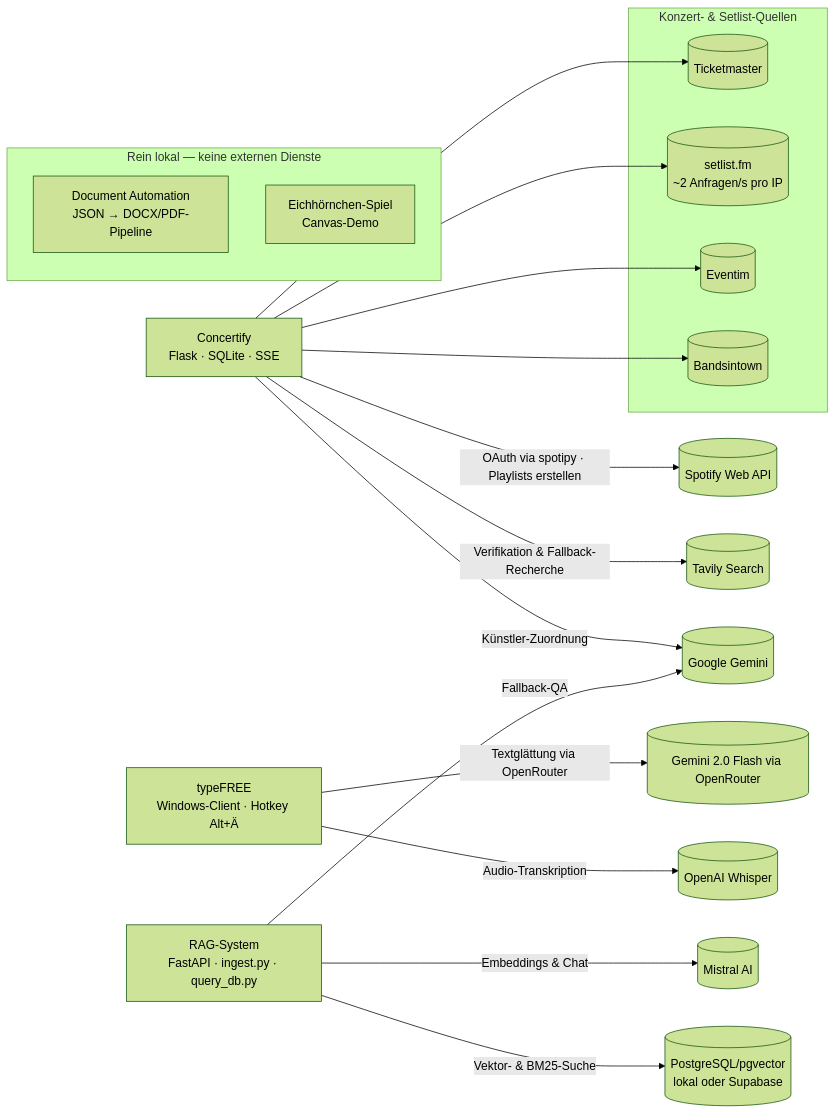
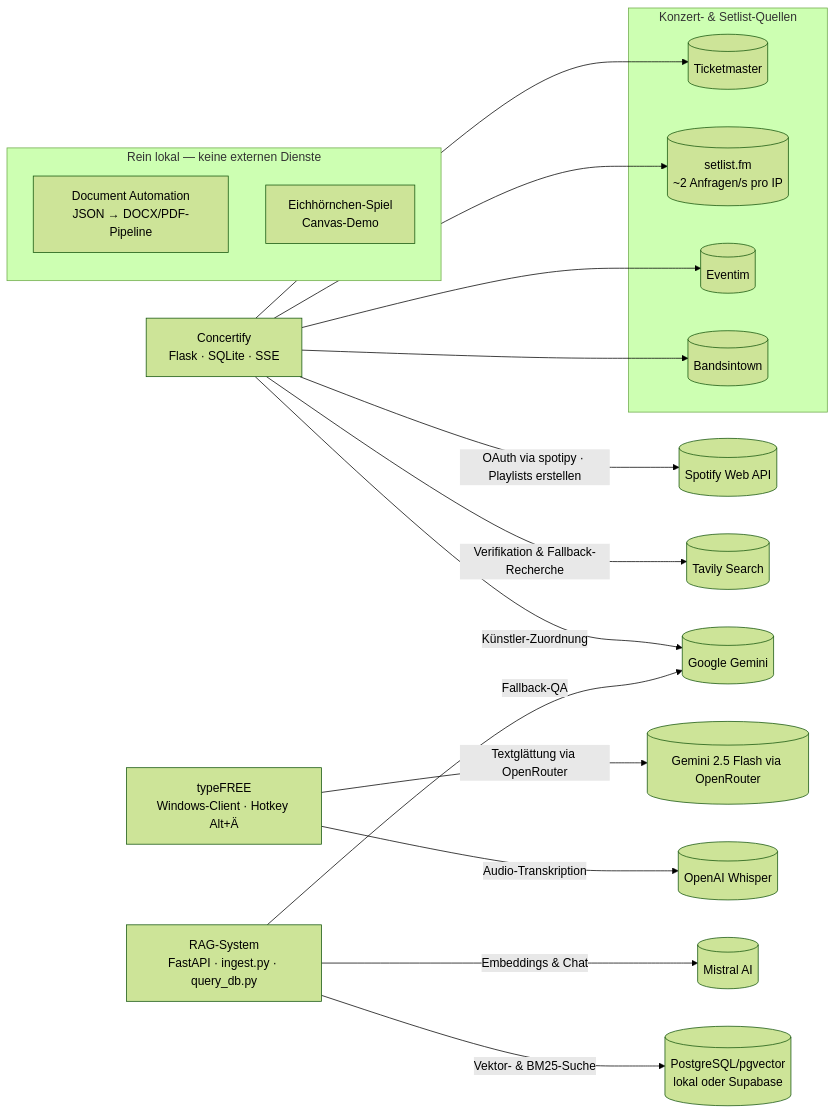
Before and after one commit to HeartledAgentEngineer/it-ot-agentic-engineering: the diagram in 02_Softwareentwicklung_IT/README.md, drawn with Mermaid (forest theme). The commit also changed other lines of this file and 3 other files, not shown here.

````diff
--- a/02_Softwareentwicklung_IT/README.md
+++ b/02_Softwareentwicklung_IT/README.md
@@ -25,41 +25,41 @@
 ```mermaid
 flowchart LR
     subgraph Lokal [Rein lokal — keine externen Dienste]
         DocAuto[Document Automation<br/>JSON → DOCX/PDF-Pipeline]
         Spiel[Eichhörnchen-Spiel<br/>Canvas-Demo]
     end
 
     Concertify[Concertify<br/>Flask · SQLite · SSE]
     TypeFree[typeFREE<br/>Windows-Client · Hotkey Alt+Ä]
     RAG[RAG-System<br/>FastAPI · ingest.py · query_db.py]
 
     subgraph Konzertdaten [Konzert- & Setlist-Quellen]
         TM[(Ticketmaster)]
         SFM[(setlist.fm<br/>~2 Anfragen/s pro IP)]
         Eventim[(Eventim)]
         BIT[(Bandsintown)]
     end
 
     Spotify[(Spotify Web API)]
     Tavily[(Tavily Search)]
     Gemini[(Google Gemini)]
-    G2F[(Gemini 2.0 Flash via OpenRouter)]
+    G2F[(Gemini 2.5 Flash via OpenRouter)]
     Whisper[(OpenAI Whisper)]
     Mistral[(Mistral AI)]
     PG[(PostgreSQL/pgvector<br/>lokal oder Supabase)]
 
     Concertify -->|OAuth via spotipy · Playlists erstellen| Spotify
     Concertify --> TM
     Concertify --> SFM
     Concertify --> Eventim
     Concertify --> BIT
     Concertify -->|Verifikation & Fallback-Recherche| Tavily
     Concertify -->|Künstler-Zuordnung| Gemini
 
     TypeFree -->|Audio-Transkription| Whisper
     TypeFree -->|Textglättung via OpenRouter| G2F
 
     RAG -->|Embeddings & Chat| Mistral
     RAG -->|Fallback-QA| Gemini
     RAG -->|Vektor- & BM25-Suche| PG
 ```
````
